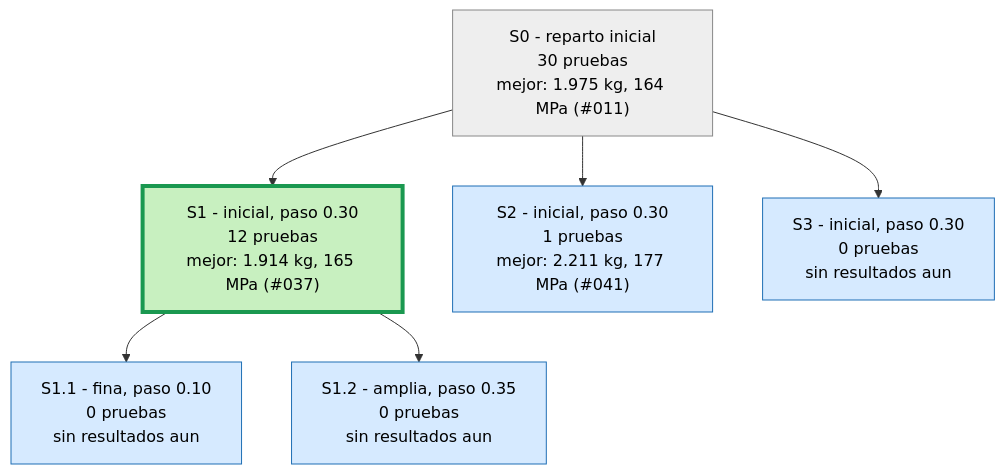
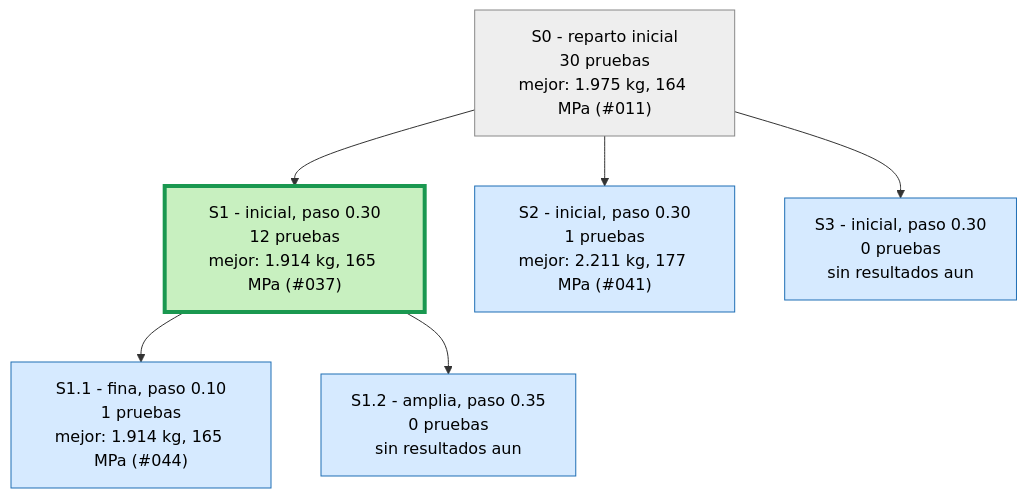
One commit to Hugiko/msd-soporte-optimizacion changed the first of 4 diagrams in runs/opt_37800N/ARBOL.md. Above: the diagram before and after it, drawn with Mermaid. The commit also changed 16 other files, not shown here.

````diff
--- a/runs/opt_37800N/ARBOL.md
+++ b/runs/opt_37800N/ARBOL.md
@@ -9,17 +9,17 @@
 ```mermaid
 graph TD
 classDef activa fill:#d6eaff,stroke:#1f6fb5,color:#000
 classDef fin fill:#eeeeee,stroke:#888,color:#000
 classDef mejor fill:#c8f0c0,stroke:#1a9850,stroke-width:4px,color:#000
 S0["S0 - reparto inicial<br/>30 pruebas<br/>mejor: 1.975 kg, 164 MPa (#011)"]:::fin
 S1["S1 - inicial, paso 0.30<br/>12 pruebas<br/>mejor: 1.914 kg, 165 MPa (#037)"]:::mejor
 S0 --> S1
 S2["S2 - inicial, paso 0.30<br/>1 pruebas<br/>mejor: 2.211 kg, 177 MPa (#041)"]:::activa
 S0 --> S2
 S3["S3 - inicial, paso 0.30<br/>0 pruebas<br/>sin resultados aun"]:::activa
 S0 --> S3
-S1_1["S1.1 - fina, paso 0.10<br/>0 pruebas<br/>sin resultados aun"]:::activa
+S1_1["S1.1 - fina, paso 0.10<br/>1 pruebas<br/>mejor: 1.914 kg, 165 MPa (#044)"]:::activa
 S1 --> S1_1
 S1_2["S1.2 - amplia, paso 0.35<br/>0 pruebas<br/>sin resultados aun"]:::activa
 S1 --> S1_2
 ```
````
